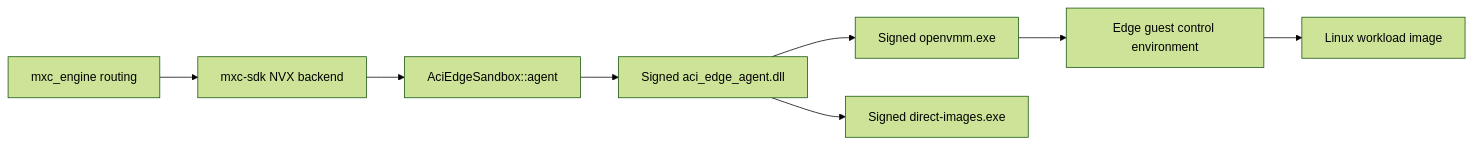
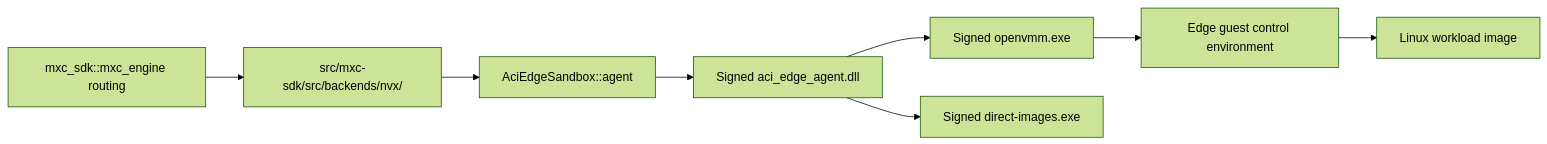
Before and after one commit to huzaifa-d/mxc: the first of 4 diagrams in docs/development/plans/nvx-integration.md, drawn with Mermaid (forest theme). The commit also changed other lines of this file, not shown here.

Commit message:
docs: clarify NVX module ownership, SDK entry points, and outcome mapping

````diff
--- a/docs/development/plans/nvx-integration.md
+++ b/docs/development/plans/nvx-integration.md
@@ -472,10 +472,10 @@
 ```mermaid
 flowchart LR
-    Engine["mxc_engine routing"] --> Runner["mxc-sdk NVX backend"]
+    Engine["mxc_sdk::mxc_engine routing"] --> Runner["src/mxc-sdk/src/backends/nvx/"]
     Runner --> API["AciEdgeSandbox::agent"]
     API --> DLL["Signed aci_edge_agent.dll"]
     DLL --> OpenVMM["Signed openvmm.exe"]
     DLL --> Images["Signed direct-images.exe"]
     OpenVMM --> Agent["Edge guest control environment"]
     Agent --> Workload["Linux workload image"]
 ```
````
